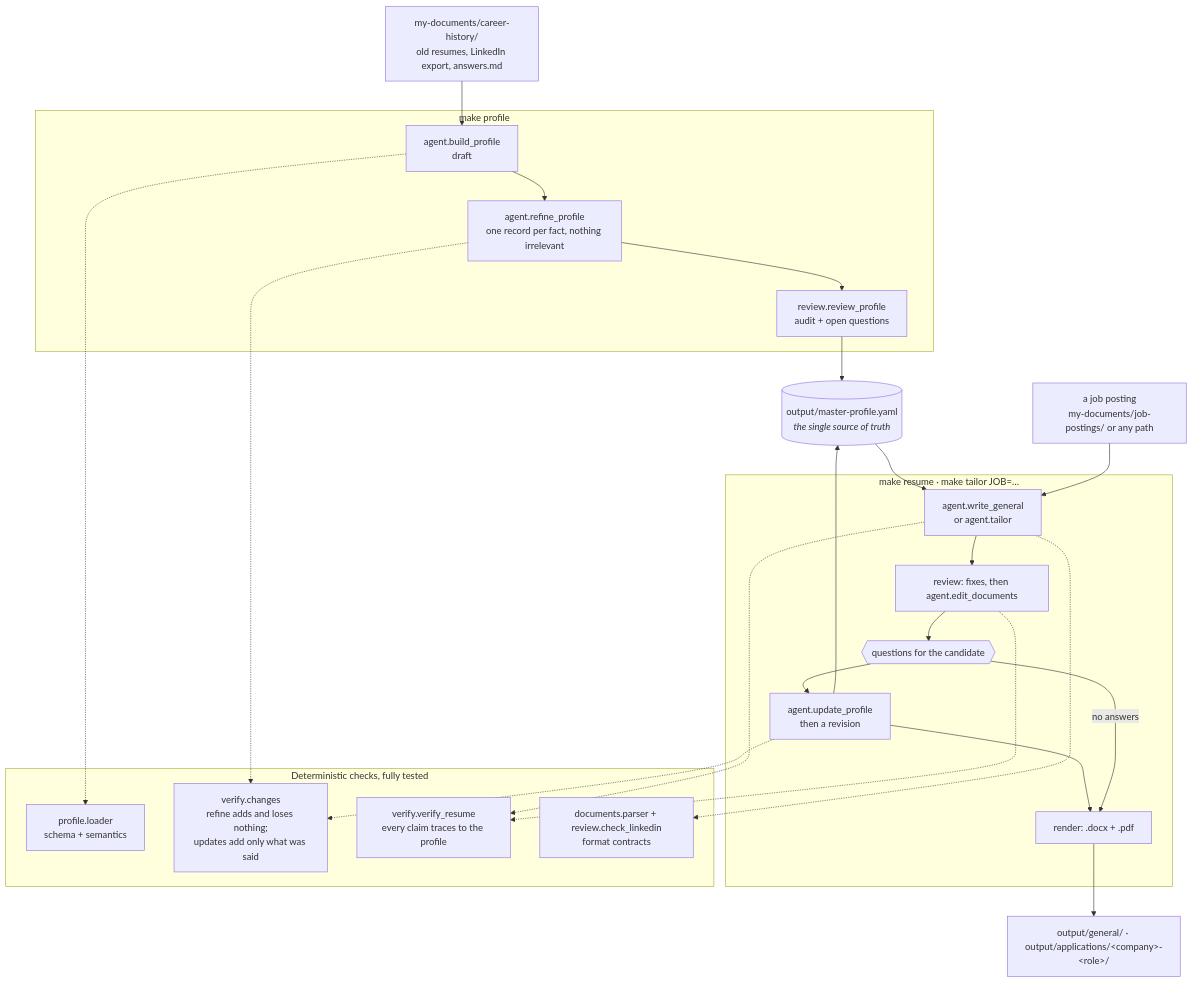
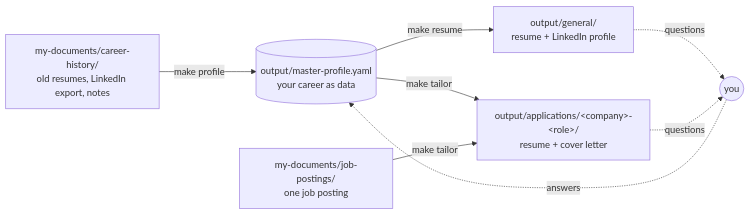
Before and after one commit to Joel-OConnor/Resume-Tailor: the first of 4 diagrams in reference/ARCHITECTURE.md, drawn with Mermaid. The commit also changed other lines of this file and 76 other files, not shown here.

````diff
--- a/reference/ARCHITECTURE.md
+++ b/reference/ARCHITECTURE.md
@@ -7,42 +9,17 @@
 ```mermaid
-flowchart TB
-    raw["my-documents/career-history/<br/>old resumes, LinkedIn export, answers.md"]
-    jd["a job posting<br/>my-documents/job-postings/ or any path"]
-    yaml[("output/master-profile.yaml<br/><i>the single source of truth</i>")]
+flowchart LR
+    docs["my-documents/career-history/<br/>old resumes, LinkedIn export, notes"]
+    posting["my-documents/job-postings/<br/>one job posting"]
+    profile[("output/master-profile.yaml<br/>your career as data")]
+    general["output/general/<br/>resume + LinkedIn profile"]
+    apps["output/applications/&lt;company&gt;-&lt;role&gt;/<br/>resume + cover letter"]
+    you(("you"))
 
-    subgraph profile ["make profile"]
-        draft["agent.build_profile<br/>draft"]
-        refine["agent.refine_profile<br/>one record per fact, nothing irrelevant"]
-        audit["review.review_profile<br/>audit + open questions"]
-    end
-
-    subgraph runs ["make resume · make tailor JOB=…"]
-        write["agent.write_general<br/>or agent.tailor"]
-        review["review: fixes, then agent.edit_documents"]
-        ask{{"questions for the candidate"}}
-        update["agent.update_profile<br/>then a revision"]
-        export["render: .docx + .pdf"]
-    end
-
-    subgraph checks ["Deterministic checks, fully tested"]
-        loader["profile.loader<br/>schema + semantics"]
-        changes["verify.changes<br/>refine adds and loses nothing;<br/>updates add only what was said"]
-        verify["verify.verify_resume<br/>every claim traces to the profile"]
-        formats["documents.parser + review.check_linkedin<br/>format contracts"]
-    end
-
-    raw --> draft --> refine --> audit --> yaml
-    yaml --> write
-    jd --> write
-    write --> review --> ask --> update --> export
-    ask -- "no answers" --> export
-    update --> yaml
-    export --> out["output/general/ · output/applications/&lt;company&gt;-&lt;role&gt;/"]
-
-    draft -.-> loader
-    refine -.-> changes
-    update -.-> changes
-    write -.-> verify
-    review -.-> verify
-    write -.-> formats
+    docs -- "make profile" --> profile
+    profile -- "make resume" --> general
+    profile -- "make tailor" --> apps
+    posting -- "make tailor" --> apps
+    general -. "questions" .-> you
+    apps -. "questions" .-> you
+    you -. "answers" .-> profile
 ```
````
